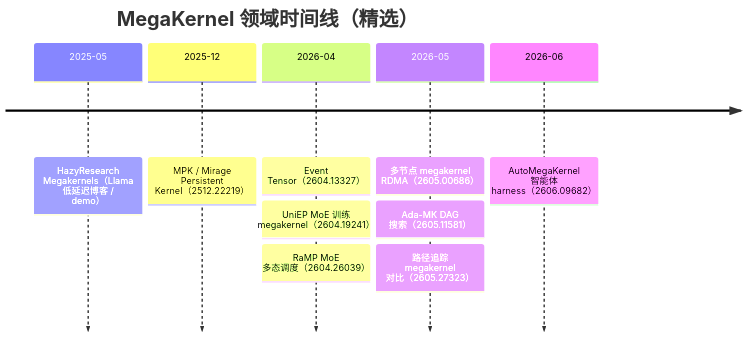
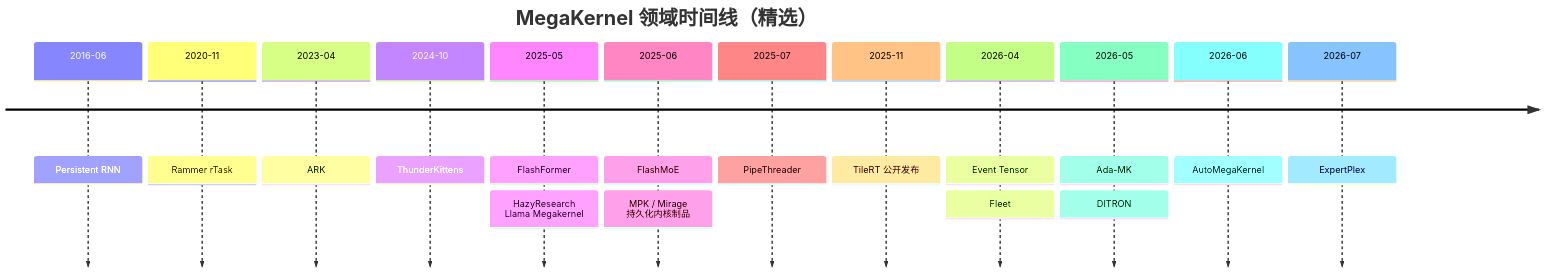
The second of 2 diagrams in README.zh-CN.md (qhy991/Awesome-MegaKernel), drawn with Mermaid before and after one commit. The commit also changed other lines of this file and 16 other files, not shown here.

First line of the commit message:
feat: expand MegaKernel catalog with landscape toolkit

````diff
--- a/README.zh-CN.md
+++ b/README.zh-CN.md
@@ -52,13 +97,20 @@
 ```mermaid
 timeline
     title MegaKernel 领域时间线（精选）
-    2025-05 : HazyResearch Megakernels（Llama 低延迟博客 / demo）
-    2025-12 : MPK / Mirage Persistent Kernel（2512.22219）
-    2026-04 : Event Tensor（2604.13327）
-             : UniEP MoE 训练 megakernel（2604.19241）
-             : RaMP MoE 多态调度（2604.26039）
-    2026-05 : 多节点 megakernel RDMA（2605.00686）
-             : Ada-MK DAG 搜索（2605.11581）
-             : 路径追踪 megakernel 对比（2605.27323）
-    2026-06 : AutoMegaKernel 智能体 harness（2606.09682）
+    2016-06 : Persistent RNN
+    2020-11 : Rammer rTask
+    2023-04 : ARK
+    2024-10 : ThunderKittens
+    2025-05 : FlashFormer
+            : HazyResearch Llama Megakernel
+    2025-06 : FlashMoE
+            : MPK / Mirage 持久化内核制品
+    2025-07 : PipeThreader
+    2025-11 : TileRT 公开发布
+    2026-04 : Event Tensor
+            : Fleet
+    2026-05 : Ada-MK
+            : DITRON
+    2026-06 : AutoMegaKernel
+    2026-07 : ExpertPlex
 ```
````
